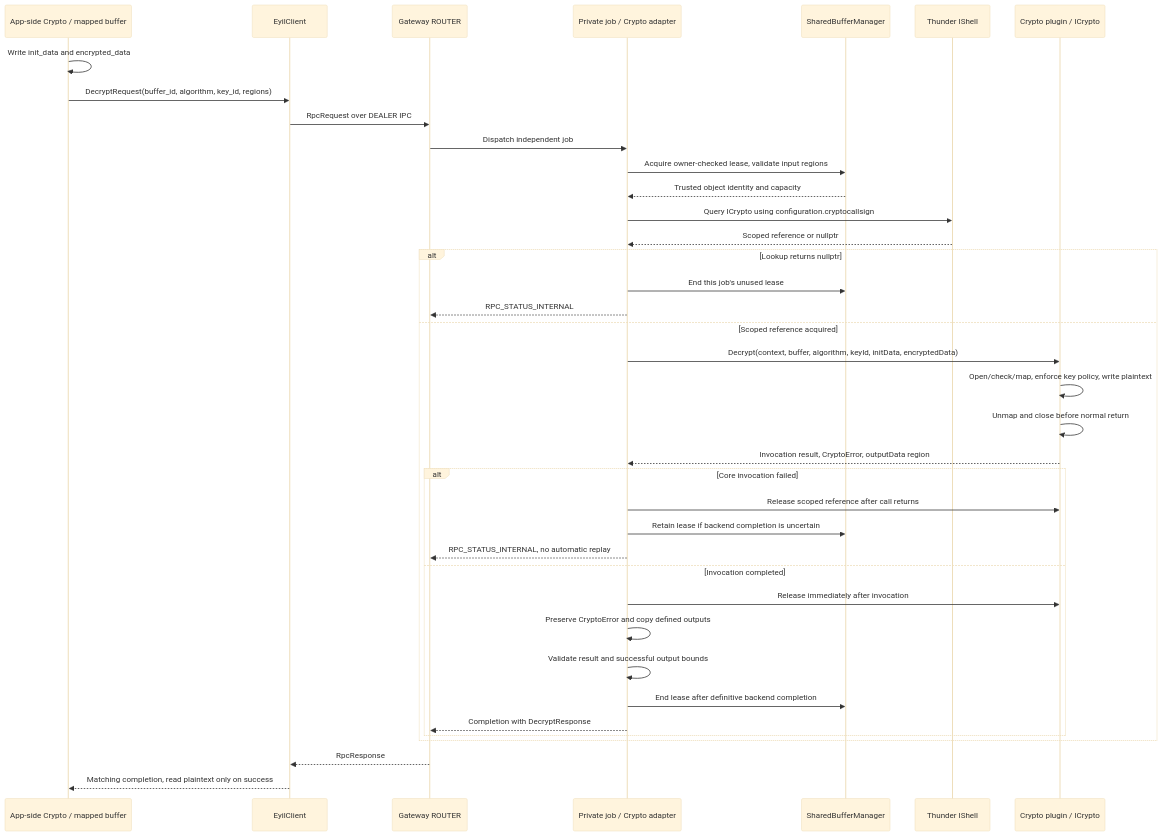
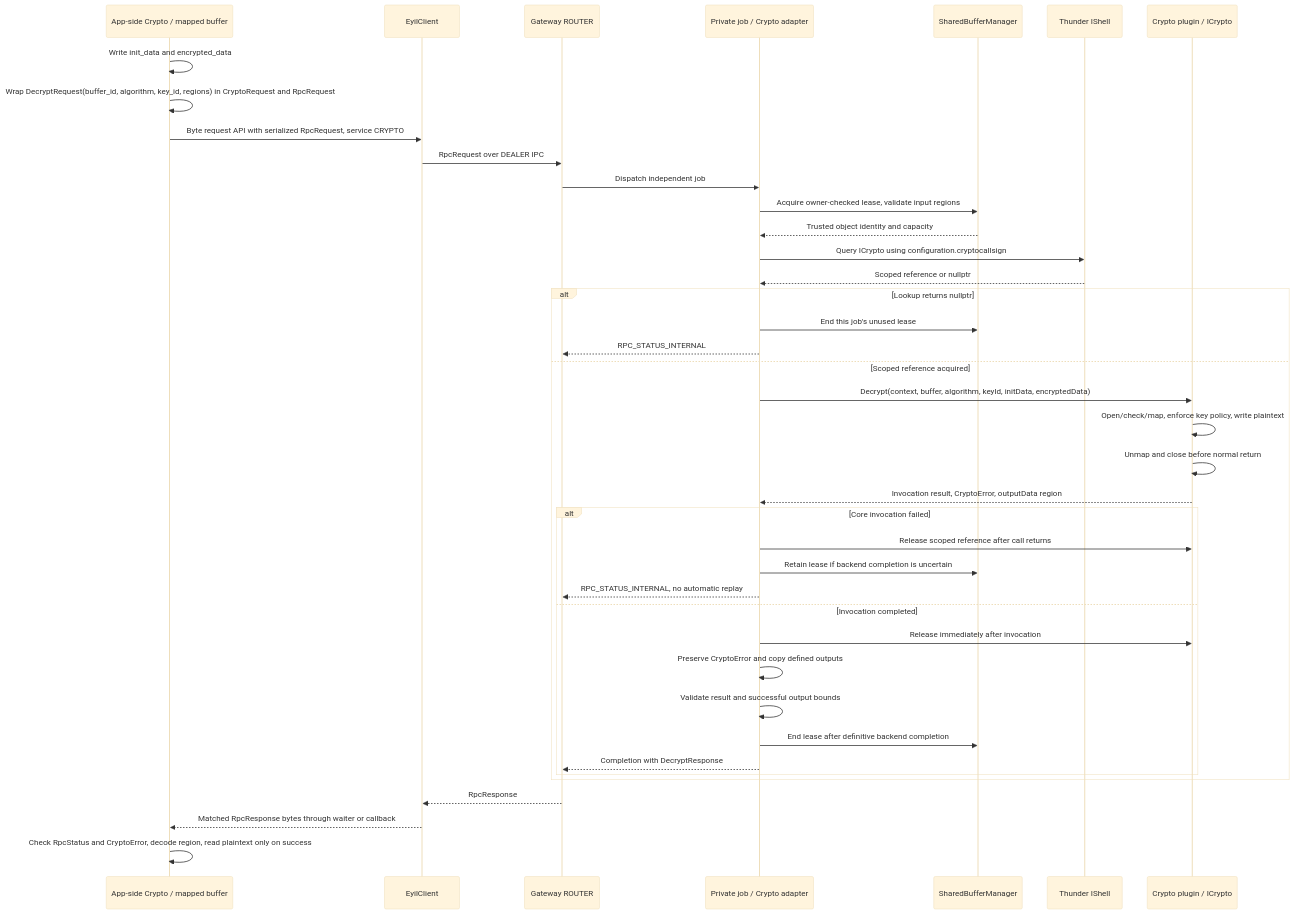
Before and after one commit to rdkcentral/eyil-secure-gateway: diagram 24 of 35 in doc/EyilSecureGateway.md, drawn with Mermaid (base theme). The commit also changed other lines of this file, not shown here.

````diff
--- a/doc/EyilSecureGateway.md
+++ b/doc/EyilSecureGateway.md
@@ -3033,40 +3536,42 @@
 ```mermaid
 sequenceDiagram
     participant A as App-side Crypto / mapped buffer
     participant L as EyilClient
     participant R as Gateway ROUTER
     participant J as Private job / Crypto adapter
     participant B as SharedBufferManager
     participant T as Thunder IShell
     participant C as Crypto plugin / ICrypto
     A->>A: Write init_data and encrypted_data
-    A->>L: DecryptRequest(buffer_id, algorithm, key_id, regions)
+    A->>A: Wrap DecryptRequest(buffer_id, algorithm, key_id, regions) in CryptoRequest and RpcRequest
+    A->>L: Byte request API with serialized RpcRequest, service CRYPTO
     L->>R: RpcRequest over DEALER IPC
     R->>J: Dispatch independent job
     J->>B: Acquire owner-checked lease, validate input regions
     B-->>J: Trusted object identity and capacity
     J->>T: Query ICrypto using configuration.cryptocallsign
     T-->>J: Scoped reference or nullptr
     alt Lookup returns nullptr
         J->>B: End this job's unused lease
         J-->>R: RPC_STATUS_INTERNAL
     else Scoped reference acquired
         J->>C: Decrypt(context, buffer, algorithm, keyId, initData, encryptedData)
         C->>C: Open/check/map, enforce key policy, write plaintext
         C->>C: Unmap and close before normal return
         C-->>J: Invocation result, CryptoError, outputData region
         alt Core invocation failed
             J->>C: Release scoped reference after call returns
             J->>B: Retain lease if backend completion is uncertain
             J-->>R: RPC_STATUS_INTERNAL, no automatic replay
         else Invocation completed
             J->>C: Release immediately after invocation
             J->>J: Preserve CryptoError and copy defined outputs
             J->>J: Validate result and successful output bounds
             J->>B: End lease after definitive backend completion
             J-->>R: Completion with DecryptResponse
         end
     end
     R-->>L: RpcResponse
-    L-->>A: Matching completion, read plaintext only on success
+    L-->>A: Matched RpcResponse bytes through waiter or callback
+    A->>A: Check RpcStatus and CryptoError, decode region, read plaintext only on success
 ```
````
